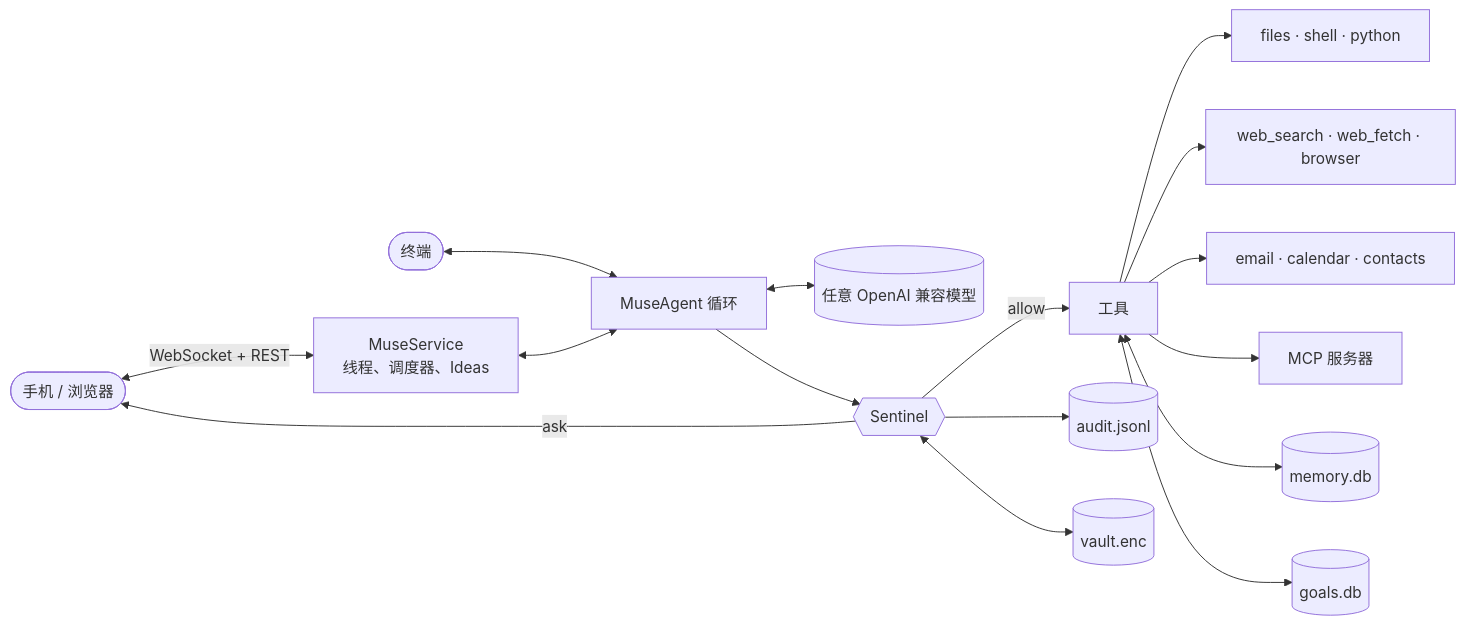
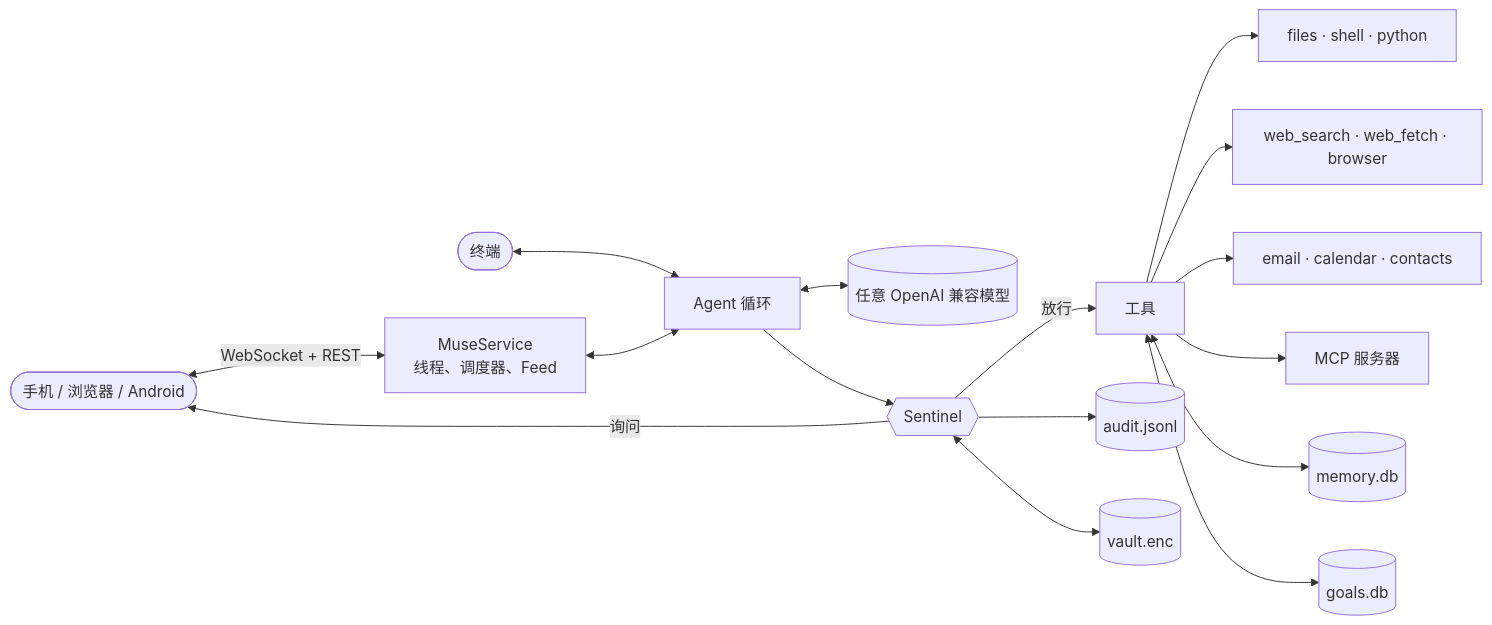
One commit to ArthurLemaire/CypherOS changed the diagram in README_zh.md. Above: the diagram before and after it, drawn with Mermaid. The commit also changed other lines of this file and 12 other files, not shown here.

````diff
--- a/README_zh.md
+++ b/README_zh.md
@@ -184,18 +183,18 @@
 ```mermaid
 flowchart LR
-    P([手机 / 浏览器]) <-- WebSocket + REST --> S[MuseService<br/>线程、调度器、Ideas]
+    P([手机 / 浏览器 / Android]) <-- WebSocket + REST --> S[MuseService<br/>线程、调度器、Feed]
     C([终端]) <--> A
-    S <--> A[MuseAgent 循环]
+    S <--> A[Agent 循环]
     A <--> LLM[(任意 OpenAI 兼容模型)]
     A --> G{{Sentinel}}
-    G -- allow --> T[工具]
-    G -- ask --> P
+    G -- 放行 --> T[工具]
+    G -- 询问 --> P
     G --> AU[(audit.jsonl)]
     G <--> V[(vault.enc)]
     T --> F[files · shell · python]
     T --> W[web_search · web_fetch · browser]
     T --> E[email · calendar · contacts]
     T --> MCP[MCP 服务器]
     T <--> M[(memory.db)]
     T <--> GO[(goals.db)]
 ```
````
